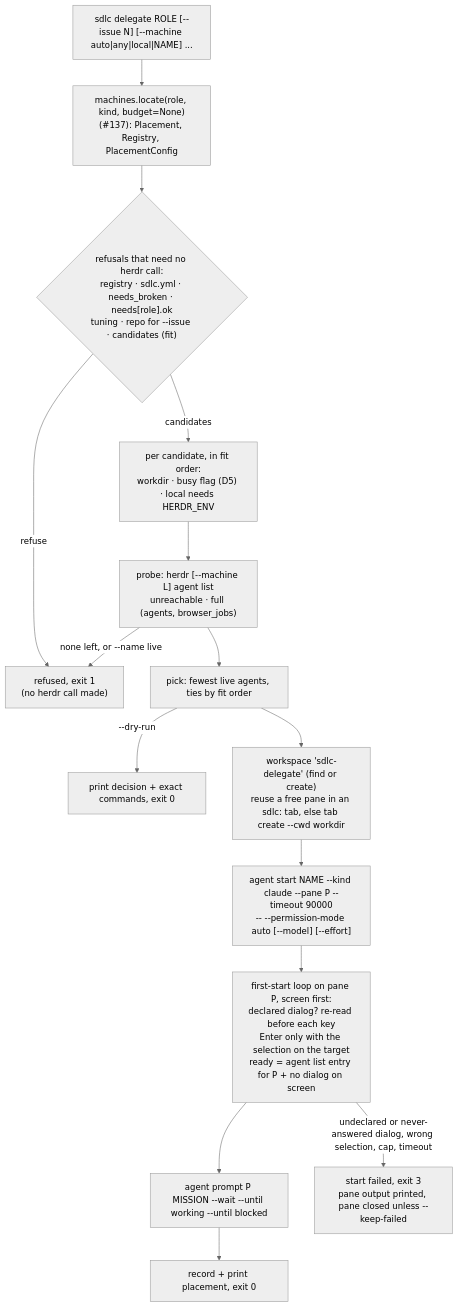
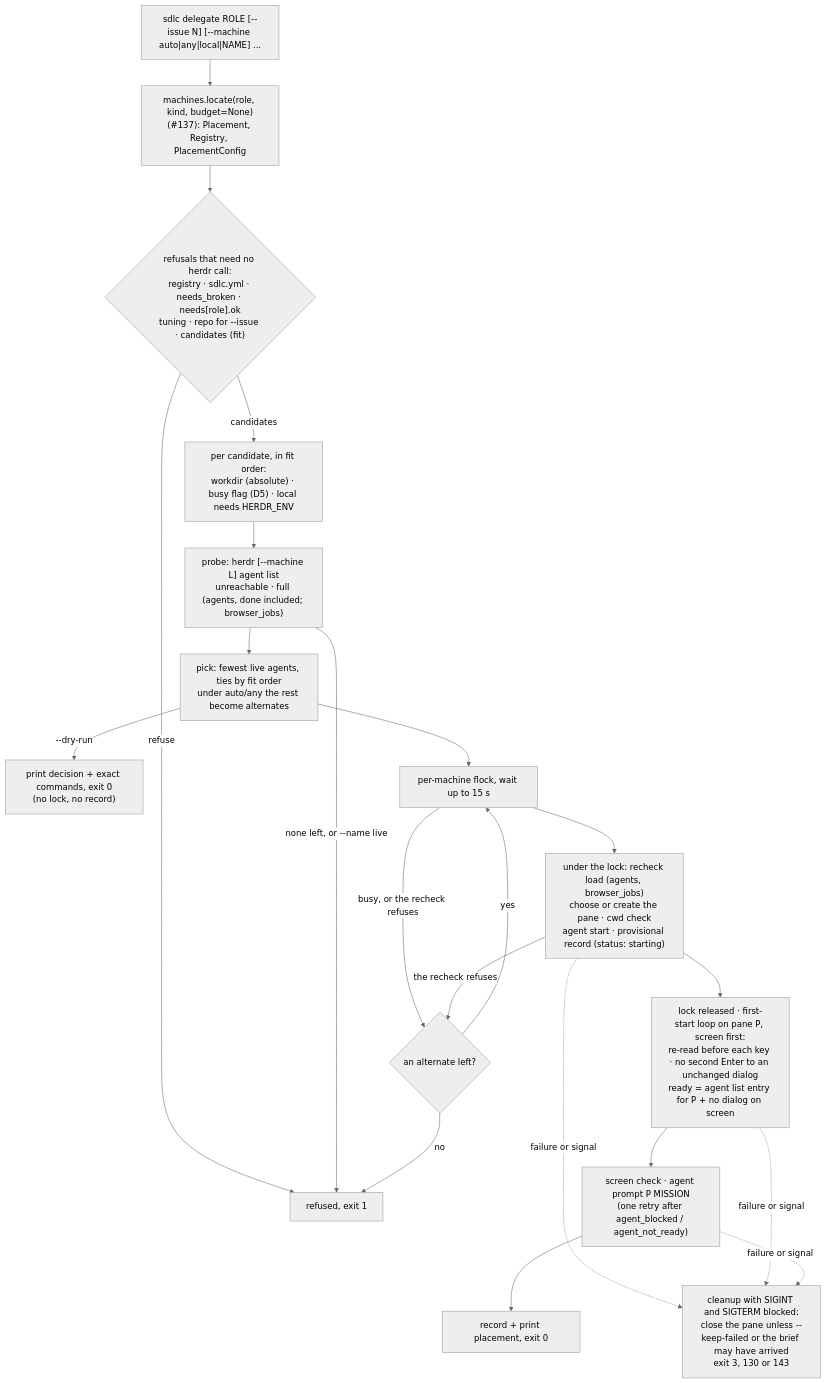
The diagram in .ai-docs/stacks/machines/specs/139.md (pattern-stack/claudecode-patterns), drawn with Mermaid (neutral theme) before and after one commit. The commit also changed other lines of this file, not shown here.

````diff
--- a/.ai-docs/stacks/machines/specs/139.md
+++ b/.ai-docs/stacks/machines/specs/139.md
@@ -76,17 +80,23 @@
 ```mermaid
 flowchart TD
   CLI["sdlc delegate ROLE [--issue N] [--machine auto|any|local|NAME] ..."] --> LOC["machines.locate(role, kind, budget=None)<br/>(#137): Placement, Registry, PlacementConfig"]
   LOC --> G1{"refusals that need no herdr call:<br/>registry · sdlc.yml · needs_broken · needs[role].ok<br/>tuning · repo for --issue · candidates (fit)"}
-  G1 -- refuse --> R1["refused, exit 1<br/>(no herdr call made)"]
-  G1 -- candidates --> F["per candidate, in fit order:<br/>workdir · busy flag (D5) · local needs HERDR_ENV"]
-  F --> PR["probe: herdr [--machine L] agent list<br/>unreachable · full (agents, browser_jobs)"]
+  G1 -- refuse --> R1["refused, exit 1"]
+  G1 -- candidates --> F["per candidate, in fit order:<br/>workdir (absolute) · busy flag (D5) · local needs HERDR_ENV"]
+  F --> PR["probe: herdr [--machine L] agent list<br/>unreachable · full (agents, done included; browser_jobs)"]
   PR -- "none left, or --name live" --> R1
-  PR --> PICK["pick: fewest live agents, ties by fit order"]
-  PICK -- "--dry-run" --> DRY["print decision + exact commands, exit 0"]
-  PICK --> PANE["workspace 'sdlc-delegate' (find or create)<br/>reuse a free pane in an sdlc: tab, else tab create --cwd workdir"]
-  PANE --> ST["agent start NAME --kind claude --pane P --timeout 90000<br/>-- --permission-mode auto [--model] [--effort]"]
-  ST --> GATE["first-start loop on pane P, screen first:<br/>declared dialog? re-read before each key<br/>Enter only with the selection on the target<br/>ready = agent list entry for P + no dialog on screen"]
-  GATE --> BR["agent prompt P MISSION --wait --until working --until blocked"]
+  PR --> PICK["pick: fewest live agents, ties by fit order<br/>under auto/any the rest become alternates"]
+  PICK -- "--dry-run" --> DRY["print decision + exact commands, exit 0<br/>(no lock, no record)"]
+  PICK --> LOCK["per-machine flock, wait up to 15 s"]
+  LOCK --> UNDER["under the lock: recheck load (agents, browser_jobs)<br/>choose or create the pane · cwd check<br/>agent start · provisional record (status: starting)"]
+  LOCK -- "busy, or the recheck refuses" --> ALT{"an alternate left?"}
+  UNDER -- "the recheck refuses" --> ALT
+  ALT -- yes --> LOCK
+  ALT -- no --> R1
+  UNDER --> GATE["lock released · first-start loop on pane P, screen first:<br/>re-read before each key · no second Enter to an unchanged dialog<br/>ready = agent list entry for P + no dialog on screen"]
+  GATE --> BR["screen check · agent prompt P MISSION<br/>(one retry after agent_blocked / agent_not_ready)"]
   BR --> REC["record + print placement, exit 0"]
-  GATE -- "undeclared or never-answered dialog, wrong selection, cap, timeout" --> X3["start failed, exit 3<br/>pane output printed, pane closed unless --keep-failed"]
+  UNDER -.->|failure or signal| X3["cleanup with SIGINT and SIGTERM blocked:<br/>close the pane unless --keep-failed or the brief may have arrived<br/>exit 3, 130 or 143"]
+  GATE -.->|failure or signal| X3
+  BR -.->|failure or signal| X3
 ```
````
